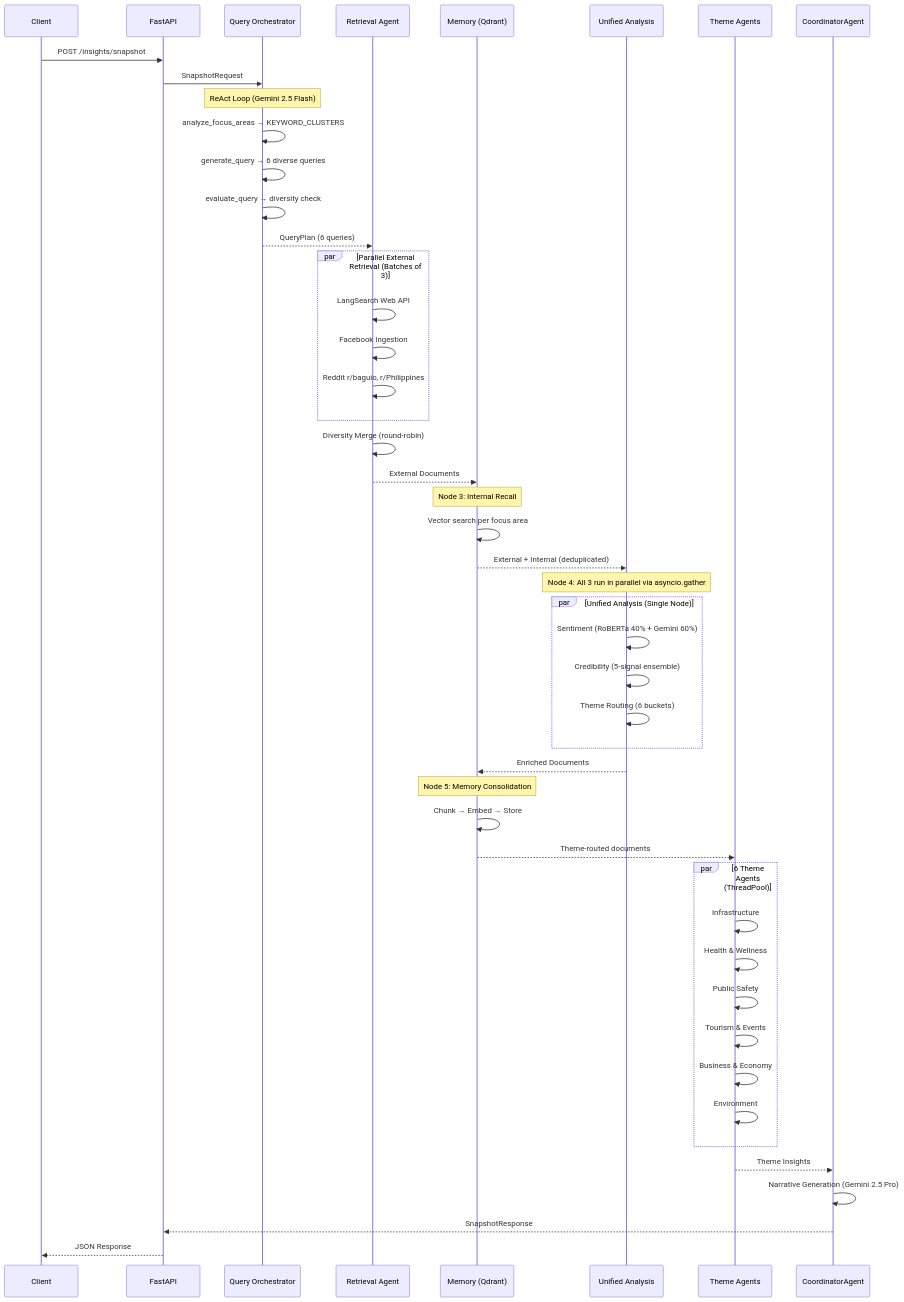
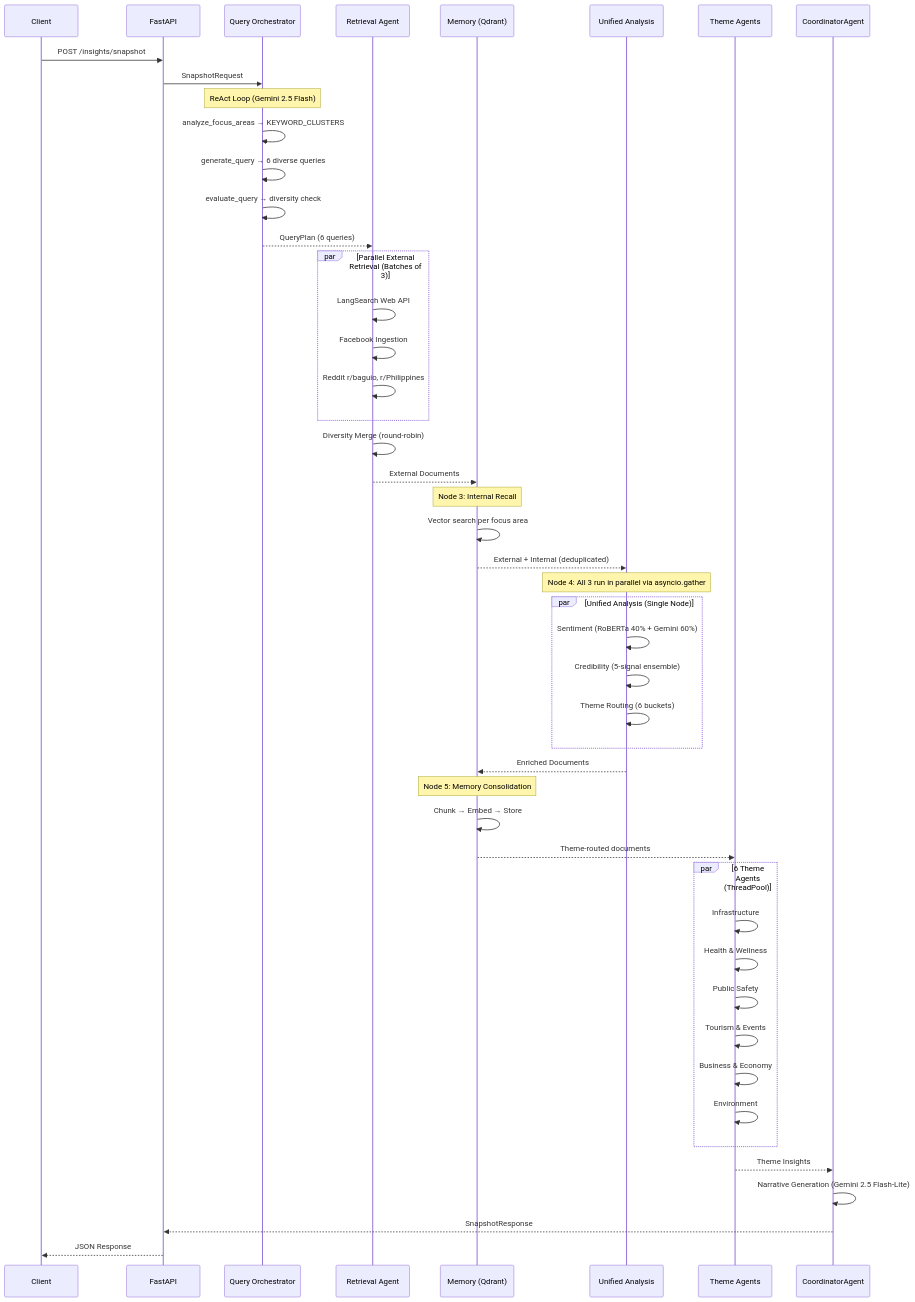
Before and after one commit to donyelqt/Hinaing: the second of 3 diagrams in docs/ARCHITECTURE.md, drawn with Mermaid. The commit also changed other lines of this file and 34 other files, not shown here.

````diff
--- a/docs/ARCHITECTURE.md
+++ b/docs/ARCHITECTURE.md
@@ -186,58 +186,58 @@
 ```mermaid
 sequenceDiagram
     participant Client
     participant API as FastAPI
     participant QO as Query Orchestrator
     participant RA as Retrieval Agent
     participant MEM as Memory (Qdrant)
     participant ANALYZE as Unified Analysis
     participant TA as Theme Agents
     participant GC as CoordinatorAgent
 
     Client->>API: POST /insights/snapshot
     API->>QO: SnapshotRequest
     
     Note over QO: ReAct Loop (Gemini 2.5 Flash)
     QO->>QO: analyze_focus_areas → KEYWORD_CLUSTERS
     QO->>QO: generate_query → 6 diverse queries
     QO->>QO: evaluate_query → diversity check
     QO-->>RA: QueryPlan (6 queries)
 
     par Parallel External Retrieval (Batches of 3)
         RA->>RA: LangSearch Web API
         RA->>RA: Facebook Ingestion
         RA->>RA: Reddit r/baguio, r/Philippines
     end
     RA->>RA: Diversity Merge (round-robin)
     RA-->>MEM: External Documents
 
     Note over MEM: Node 3: Internal Recall
     MEM->>MEM: Vector search per focus area
     MEM-->>ANALYZE: External + Internal (deduplicated)
 
     Note over ANALYZE: Node 4: All 3 run in parallel via asyncio.gather
     par Unified Analysis (Single Node)
         ANALYZE->>ANALYZE: Sentiment (RoBERTa 40% + Gemini 60%)
         ANALYZE->>ANALYZE: Credibility (5-signal ensemble)
         ANALYZE->>ANALYZE: Theme Routing (6 buckets)
     end
     ANALYZE-->>MEM: Enriched Documents
 
     Note over MEM: Node 5: Memory Consolidation
     MEM->>MEM: Chunk → Embed → Store
     MEM-->>TA: Theme-routed documents
 
     par 6 Theme Agents (ThreadPool)
         TA->>TA: Infrastructure
         TA->>TA: Health & Wellness
         TA->>TA: Public Safety
         TA->>TA: Tourism & Events
         TA->>TA: Business & Economy
         TA->>TA: Environment
     end
     TA-->>GC: Theme Insights
 
-    GC->>GC: Narrative Generation (Gemini 2.5 Pro)
+    GC->>GC: Narrative Generation (Gemini 2.5 Flash-Lite)
     GC-->>API: SnapshotResponse
     API-->>Client: JSON Response
 ```
````
